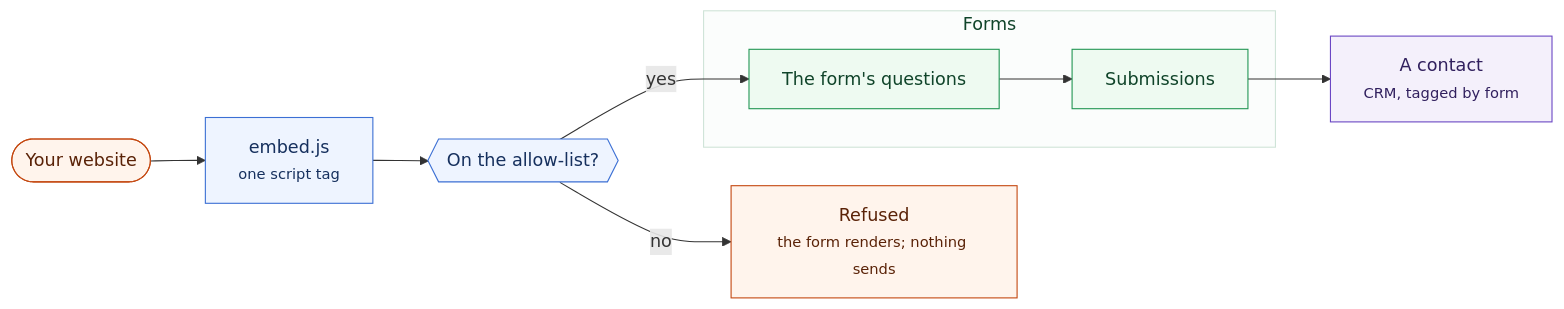
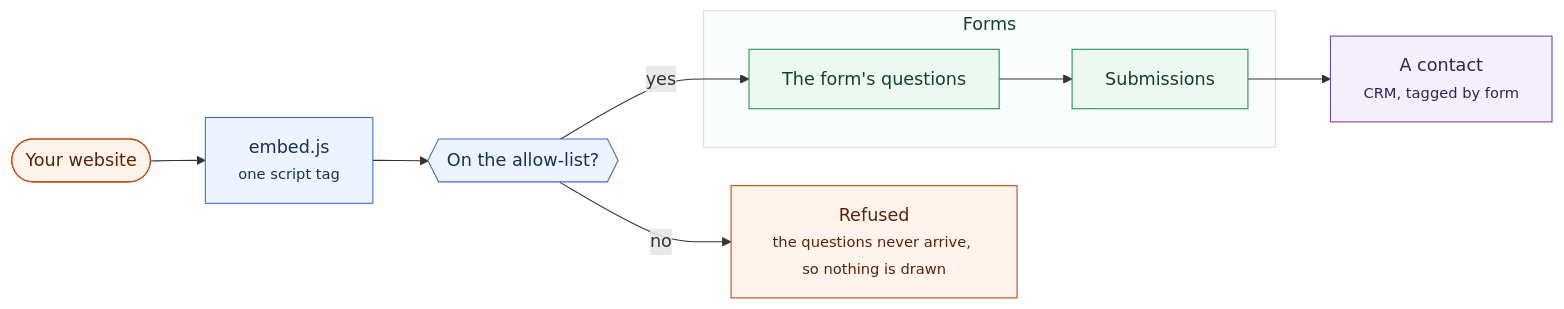
Before and after one commit to Sentrello/Sentrello: the diagram in docs/site/02-core/forms.md, drawn with Mermaid. The commit also changed 3 other files, not shown here.

````diff
--- a/docs/site/02-core/forms.md
+++ b/docs/site/02-core/forms.md
@@ -21,20 +21,20 @@
 ```mermaid
 flowchart LR
   classDef screen fill:#eef4ff,stroke:#3b6fd4,color:#16305e
   classDef own fill:#eefaf1,stroke:#219653,color:#10442a
   classDef out fill:#f4f0fb,stroke:#6b47c4,color:#31205e
   classDef pub fill:#fff4ec,stroke:#c4470f,color:#5a2207
   SITE(["Your website"]):::pub
   EMB["embed.js<br/><small>one script tag</small>"]:::screen
   ALLOW{{"On the allow-list?"}}:::screen
   subgraph OWN[" Forms "]
     DEF["The form's questions"]:::own
     SUBM["Submissions"]:::own
   end
   CT["A contact<br/><small>CRM, tagged by form</small>"]:::out
 
   SITE --> EMB --> ALLOW
-  ALLOW -->|"no"| X["Refused<br/><small>the form renders; nothing sends</small>"]:::pub
+  ALLOW -->|"no"| X["Refused<br/><small>the questions never arrive, so nothing is drawn</small>"]:::pub
   ALLOW -->|"yes"| DEF --> SUBM --> CT
   style OWN fill:#fbfdfc,stroke:#cfe4d8,color:#10442a
 ```
````
